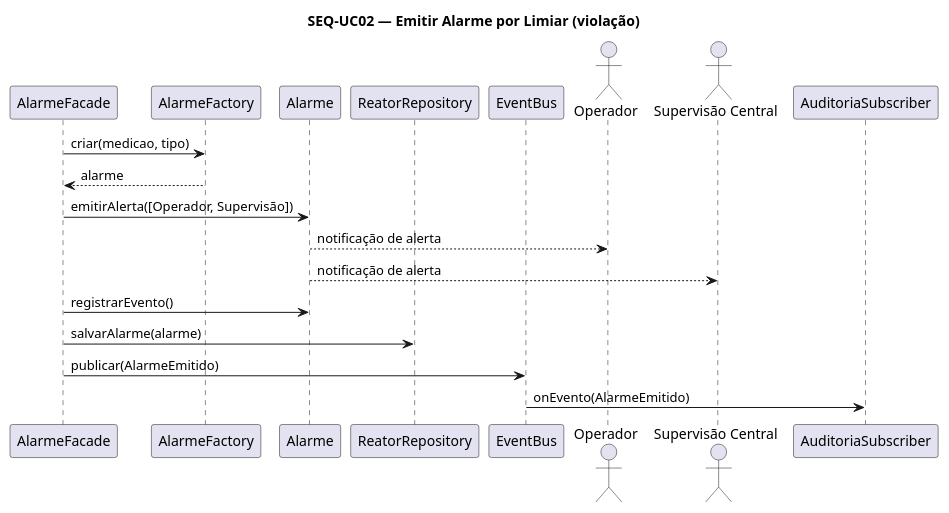
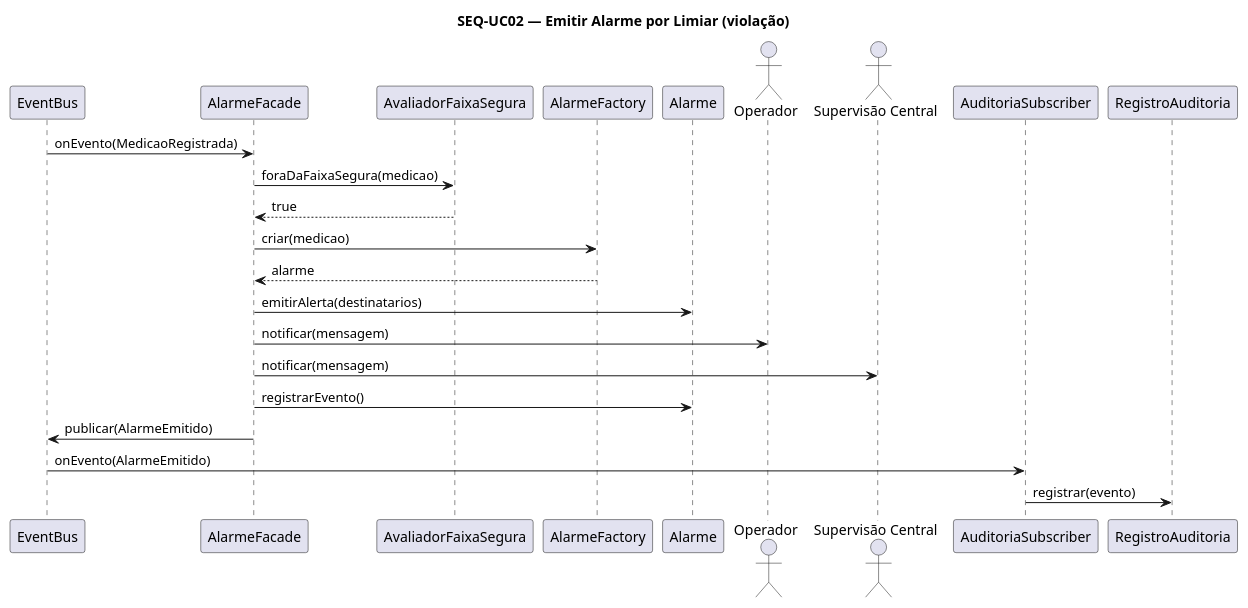
Before and after one commit to rlampago22/RP-IV: the diagram in docs/marco1/diagramas/seq-uc02-alarme.puml, drawn with PlantUML. The commit also changed 36 other files, not shown here.

Commit message:
docs: substituir Mermaid por UML e alinhar arquitetura

```diff
--- a/docs/marco1/diagramas/seq-uc02-alarme.puml
+++ b/docs/marco1/diagramas/seq-uc02-alarme.puml
@@ -1,24 +1,28 @@
 @startuml seq-uc02-alarme
 title SEQ-UC02 — Emitir Alarme por Limiar (violação)
 skinparam shadowing false
 
+participant "EventBus" as Bus
 participant "AlarmeFacade" as AF
+participant "AvaliadorFaixaSegura" as Aval
 participant "AlarmeFactory" as Fact
 participant "Alarme" as A
-participant "ReatorRepository" as RR
-participant "EventBus" as Bus
 actor "Operador" as Op
 actor "Supervisão Central" as Sup
 participant "AuditoriaSubscriber" as Aud
+participant "RegistroAuditoria" as Reg
 
-AF -> Fact: criar(medicao, tipo)
+Bus -> AF: onEvento(MedicaoRegistrada)
+AF -> Aval: foraDaFaixaSegura(medicao)
+Aval --> AF: true
+AF -> Fact: criar(medicao)
 Fact --> AF: alarme
-AF -> A: emitirAlerta([Operador, Supervisão])
-A --> Op: notificação de alerta
-A --> Sup: notificação de alerta
+AF -> A: emitirAlerta(destinatarios)
+AF -> Op: notificar(mensagem)
+AF -> Sup: notificar(mensagem)
 AF -> A: registrarEvento()
-AF -> RR: salvarAlarme(alarme)
 AF -> Bus: publicar(AlarmeEmitido)
 Bus -> Aud: onEvento(AlarmeEmitido)
+Aud -> Reg: registrar(evento)
 
 @enduml
```
